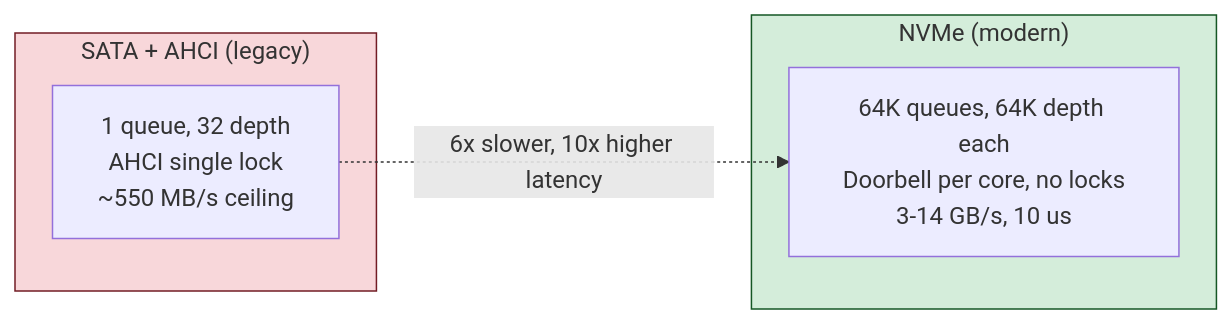
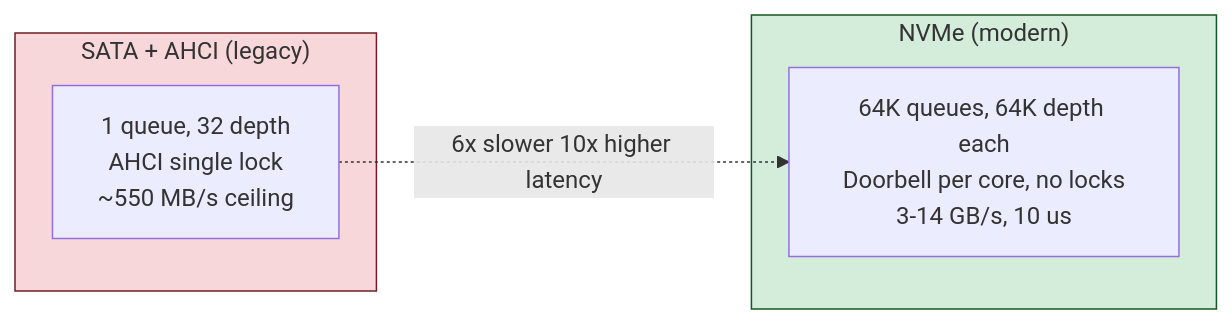
Before and after one commit to bumbsclaw/textbooks: the seventh of 8 diagrams in vol-01-computer-architecture/ch05-storage-hardware.md, drawn with Mermaid. The commit also changed other lines of this file and 173 other files, not shown here.

First line of the commit message:
fix(mermaid): close note brackets, semicolons in Notes, stateDiagram br -> dash, edge parens

````diff
--- a/vol-01-computer-architecture/ch05-storage-hardware.md
+++ b/vol-01-computer-architecture/ch05-storage-hardware.md
@@ -418,12 +418,12 @@
 ```mermaid
 flowchart LR
     subgraph SATA["SATA + AHCI (legacy)"]
         S1["1 queue, 32 depth<br/>AHCI single lock<br/>~550 MB/s ceiling"]
     end
     subgraph NVMe["NVMe (modern)"]
         N1["64K queues, 64K depth each<br/>Doorbell per core, no locks<br/>3-14 GB/s, 10 us"]
     end
-    S1 -.->|"6x slower, 10x higher latency"| N1
+    S1 -.->|"6x slower 10x higher latency"| N1
     style SATA fill:#f8d7da,stroke:#721c24
     style NVMe fill:#d4edda,stroke:#155724
 ```
````
